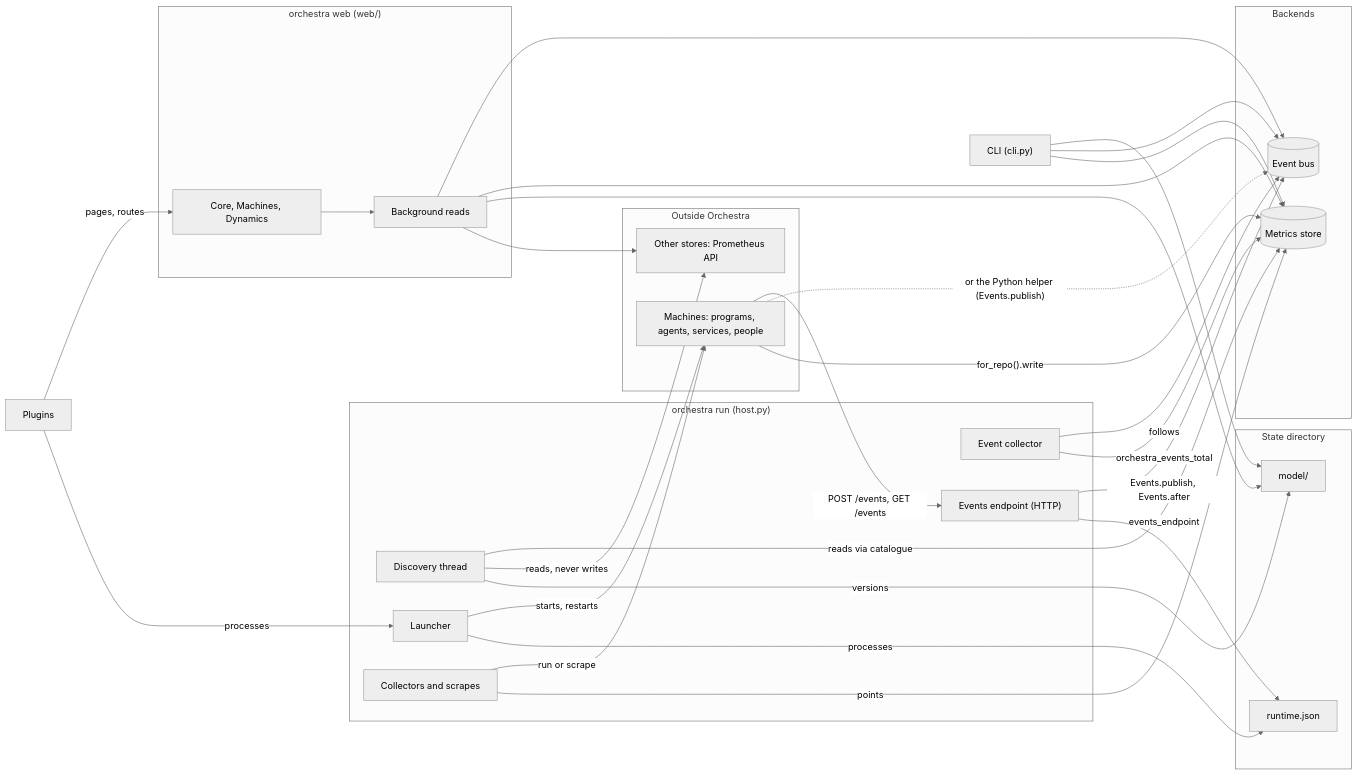
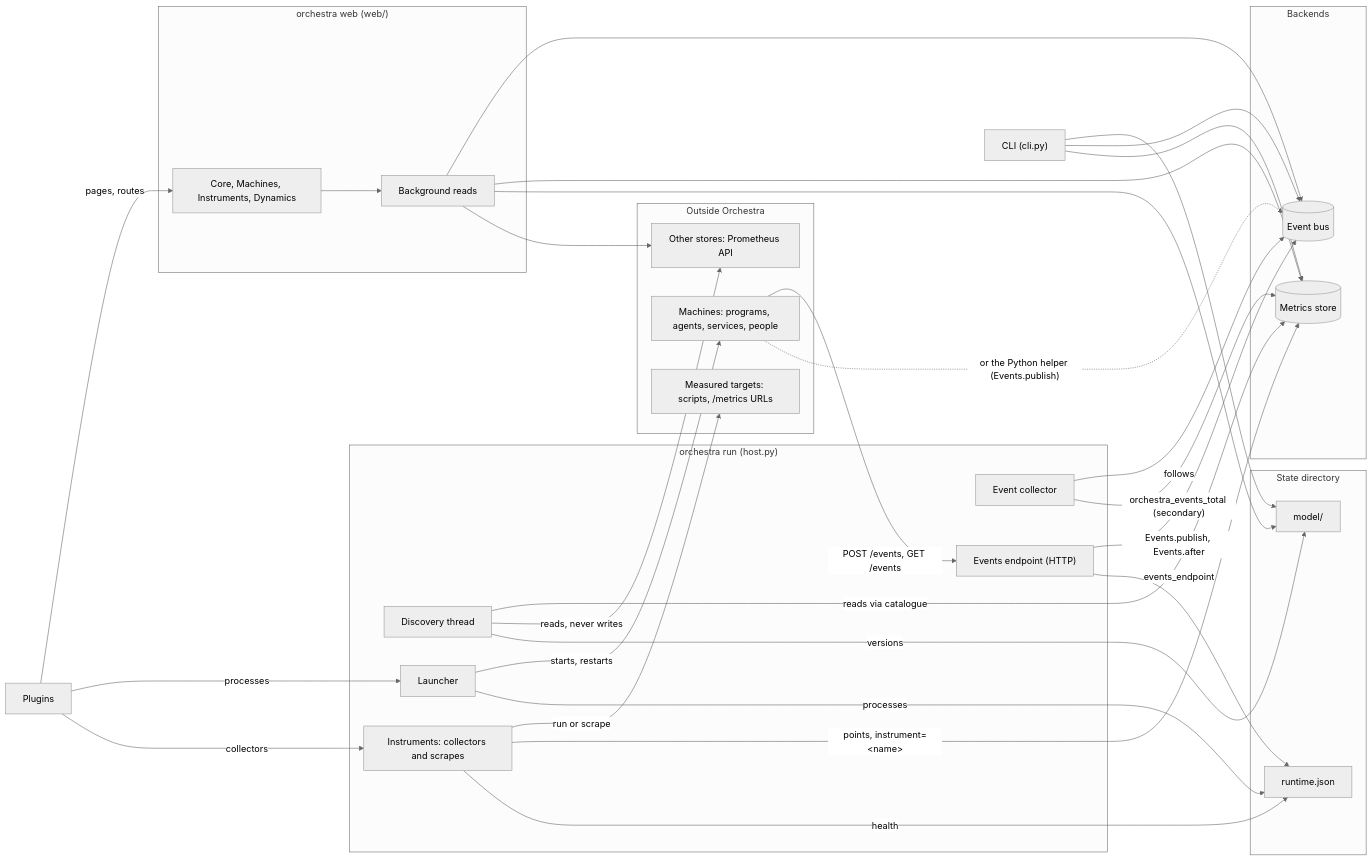
One commit to danroblewis/orchestra changed the first of 7 diagrams in ARCHITECTURE.md. Above: the diagram before and after it, drawn with Mermaid (neutral theme). The commit also changed other lines of this file and 52 other files, not shown here.

First line of the commit message:
Measurements are not machines: instruments, and machines associated with flows only as hypotheses

````diff
--- a/ARCHITECTURE.md
+++ b/ARCHITECTURE.md
@@ -40,53 +44,55 @@
 ```mermaid
 flowchart LR
   subgraph outside["Outside Orchestra"]
     M["Machines: programs, agents, services, people"]
+    T["Measured targets: scripts, /metrics URLs"]
     R["Other stores: Prometheus API"]
   end
   subgraph host["orchestra run (host.py)"]
     EC["Event collector"]
     DI["Discovery thread"]
     LA["Launcher"]
-    CO["Collectors and scrapes"]
+    CO["Instruments: collectors and scrapes"]
     EP["Events endpoint (HTTP)"]
   end
   subgraph stores["Backends"]
     BUS[("Event bus")]
     MET[("Metrics store")]
   end
   subgraph state["State directory"]
     RT["runtime.json"]
     MS["model/"]
   end
   subgraph web["orchestra web (web/)"]
     BG["Background reads"]
-    UI["Core, Machines, Dynamics"]
+    UI["Core, Machines, Instruments, Dynamics"]
   end
   PL["Plugins"]
   CLI["CLI (cli.py)"]
 
   M -- "POST /events, GET /events" --> EP
   EP -- "Events.publish, Events.after" --> BUS
   M -. "or the Python helper (Events.publish)" .-> BUS
-  M -- "for_repo().write" --> MET
   LA -- "starts, restarts" --> M
-  CO -- "run or scrape" --> M
-  CO -- "points" --> MET
+  CO -- "run or scrape" --> T
+  CO -- "points, instrument=#lt;name#gt;" --> MET
+  CO -- "health" --> RT
   EC -- "follows" --> BUS
-  EC -- "orchestra_events_total" --> MET
+  EC -- "orchestra_events_total (secondary)" --> MET
   DI -- "reads via catalogue" --> MET
   DI -- "reads, never writes" --> R
   DI -- "versions" --> MS
   LA -- "processes" --> RT
   EP -- "events_endpoint" --> RT
   BG --> BUS
   BG --> MET
   BG --> MS
   BG --> R
   UI --> BG
   PL -- "pages, routes" --> UI
   PL -- "processes" --> LA
+  PL -- "collectors" --> CO
   CLI --> MS
   CLI --> BUS
   CLI --> MET
 ```
````
